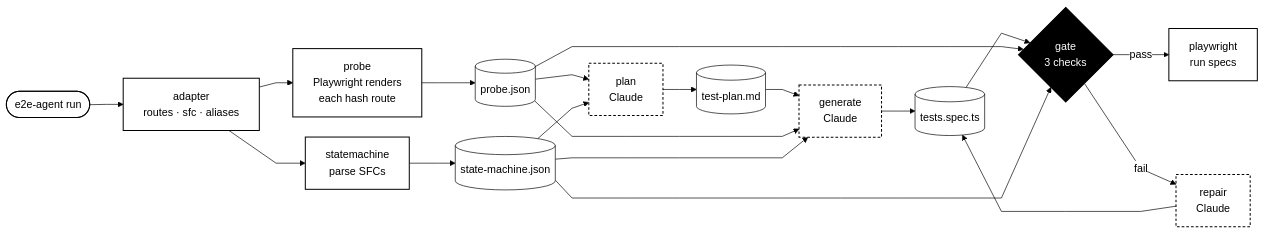
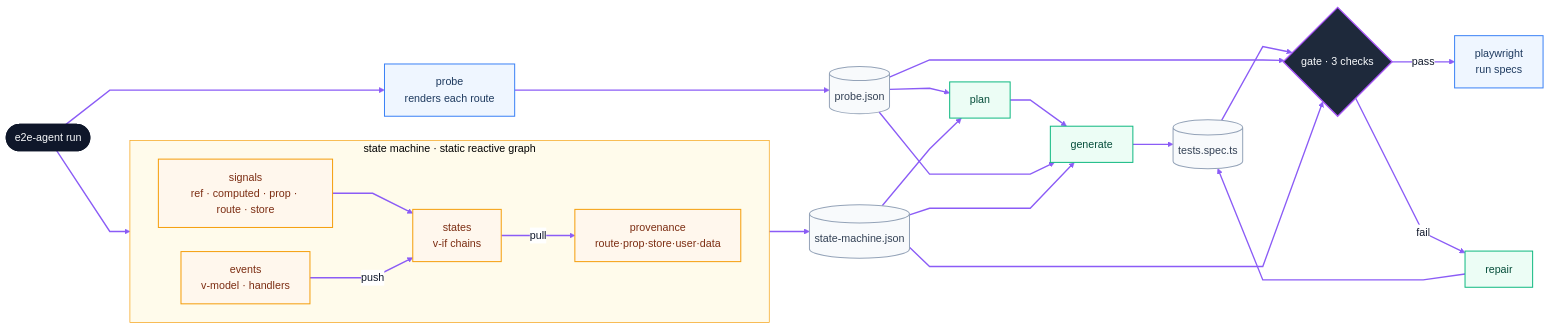
The diagram in README.md (mhdSid/e2e-test-agent), drawn with Mermaid before and after one commit. The commit also changed other lines of this file and 6 other files, not shown here.

First line of the commit message:
Remove dead code in state-machine; theme-robust README mermaid

````diff
--- a/README.md
+++ b/README.md
@@ -21,33 +23,48 @@
 ```mermaid
-%%{init: {'theme':'base','themeVariables':{'background':'#ffffff','primaryColor':'#ffffff','primaryBorderColor':'#000000','primaryTextColor':'#000000','lineColor':'#000000','fontFamily':'monospace','clusterBkg':'#ffffff','clusterBorder':'#000000'},'flowchart':{'curve':'linear','nodeSpacing':30,'rankSpacing':50}}}%%
+%%{init: {'theme':'base','themeVariables':{'fontFamily':'ui-monospace, SFMono-Regular, monospace','primaryColor':'#eef2ff','primaryTextColor':'#0f172a','primaryBorderColor':'#6366f1','lineColor':'#8b5cf6','edgeLabelBackground':'#ffffff'},'flowchart':{'curve':'linear','nodeSpacing':36,'rankSpacing':60}}}%%
 flowchart LR
-  CLI([e2e-agent run]):::edge --> ADP[adapter<br/>routes · sfc · aliases]:::det
+  CLI([e2e-agent run]):::entry
+  PROBE[probe<br/>renders each route]:::det
+  PJ[(probe.json)]:::art
 
-  ADP --> PROBE[probe<br/>Playwright renders<br/>each hash route]:::det
-  ADP --> SM[statemachine<br/>parse SFCs]:::det
+  subgraph SM["state machine · static reactive graph"]
+    direction LR
+    SIG[signals<br/>ref · computed · prop · route · store]:::core
+    EVT[events<br/>v-model · handlers]:::core
+    ST[states<br/>v-if chains]:::core
+    PRV[provenance<br/>route·prop·store·user·data]:::core
+    SIG --> ST
+    EVT -->|push| ST
+    ST -->|pull| PRV
+  end
+  SJ[(state-machine.json)]:::art
 
-  PROBE --> PJ[(probe.json)]:::art
-  SM --> SJ[(state-machine.json)]:::art
+  PLAN[plan]:::ai
+  GEN[generate]:::ai
+  SPEC[(tests.spec.ts)]:::art
+  GATE{gate · 3 checks}:::gate
+  PW[playwright<br/>run specs]:::det
+  REP[repair]:::ai
 
-  PJ --> PLAN[plan<br/>Claude]:::ai
+  CLI --> PROBE --> PJ
+  CLI --> SM --> SJ
+  PJ --> PLAN
   SJ --> PLAN
-  PLAN --> PM[(test-plan.md)]:::art
-
-  PM --> GEN[generate<br/>Claude]:::ai
+  PLAN --> GEN
   PJ --> GEN
   SJ --> GEN
-  GEN --> SPEC[(tests.spec.ts)]:::art
-
-  SPEC --> GATE{gate<br/>3 checks}:::gate
+  GEN --> SPEC --> GATE
   PJ --> GATE
   SJ --> GATE
-  GATE -->|pass| PW[playwright<br/>run specs]:::det
-  GATE -->|fail| REP[repair<br/>Claude]:::ai
-  REP --> SPEC
+  GATE -->|pass| PW
+  GATE -->|fail| REP --> SPEC
 
-  classDef edge fill:#ffffff,stroke:#000000,stroke-width:1.5px,color:#000000;
-  classDef det  fill:#ffffff,stroke:#000000,stroke-width:1.5px,color:#000000;
-  classDef art  fill:#ffffff,stroke:#000000,stroke-width:1px,color:#000000;
-  classDef ai   fill:#ffffff,stroke:#000000,stroke-width:1.5px,stroke-dasharray:4 3,color:#000000;
-  classDef gate fill:#000000,stroke:#000000,stroke-width:1.5px,color:#ffffff;
+  classDef entry fill:#0f172a,color:#f8fafc,stroke:#0f172a,stroke-width:2px;
+  classDef det fill:#eff6ff,color:#1e3a5f,stroke:#3b82f6,stroke-width:1.5px;
+  classDef core fill:#fff7ed,color:#7c2d12,stroke:#f59e0b,stroke-width:1.5px;
+  classDef ai fill:#ecfdf5,color:#064e3b,stroke:#10b981,stroke-width:1.5px;
+  classDef art fill:#f8fafc,color:#334155,stroke:#94a3b8,stroke-width:1.5px;
+  classDef gate fill:#1e293b,color:#f8fafc,stroke:#a855f7,stroke-width:2px;
+  style SM fill:#fffbeb,stroke:#f59e0b,stroke-width:1px;
+  linkStyle default stroke:#8b5cf6,stroke-width:2px;
 ```
````
